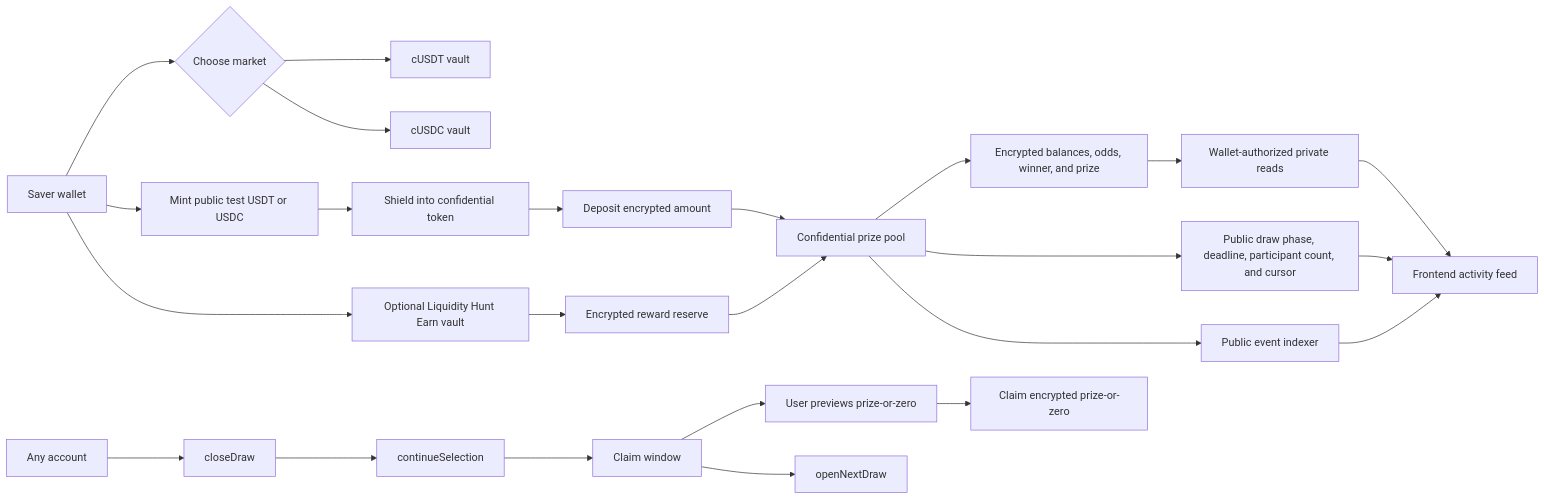
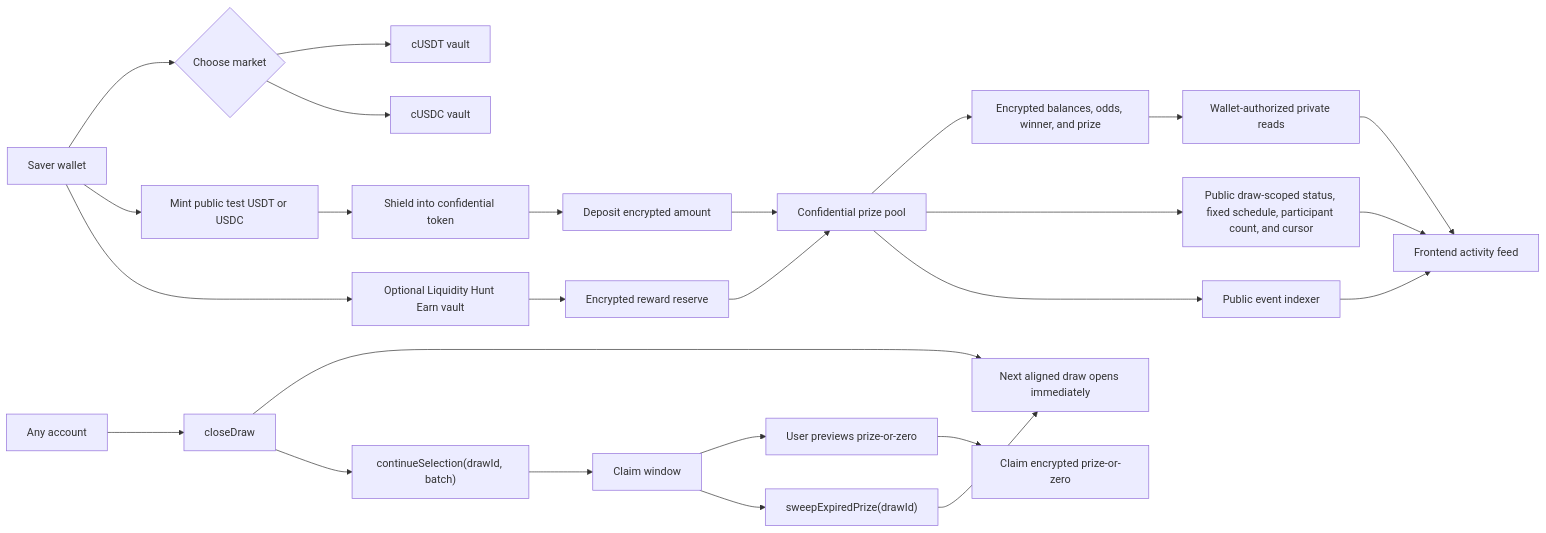
The diagram in README.md (0xNana/confidential-pooltogether), drawn with Mermaid before and after one commit. The commit also changed other lines of this file and 59 other files, not shown here.

````diff
--- a/README.md
+++ b/README.md
@@ -26,31 +27,33 @@
 ```mermaid
 flowchart LR
   saver["Saver wallet"] --> market{"Choose market"}
   market --> cusdt["cUSDT vault"]
   market --> cusdc["cUSDC vault"]
 
   saver --> mint["Mint public test USDT or USDC"]
   mint --> shield["Shield into confidential token"]
   shield --> deposit["Deposit encrypted amount"]
 
   deposit --> pool["Confidential prize pool"]
   pool --> privateState["Encrypted balances, odds, winner, and prize"]
-  pool --> publicState["Public draw phase, deadline, participant count, and cursor"]
+  pool --> publicState["Public draw-scoped status, fixed schedule, participant count, and cursor"]
 
   saver --> earn["Optional Liquidity Hunt Earn vault"]
   earn --> reserve["Encrypted reward reserve"]
   reserve --> pool
 
   keeper["Any account"] --> close["closeDraw"]
-  close --> select["continueSelection"]
+  close --> nextEntry["Next aligned draw opens immediately"]
+  close --> select["continueSelection(drawId, batch)"]
   select --> claimable["Claim window"]
   claimable --> preview["User previews prize-or-zero"]
   preview --> claim["Claim encrypted prize-or-zero"]
-  claimable --> next["openNextDraw"]
+  claimable --> sweep["sweepExpiredPrize(drawId)"]
+  sweep --> nextEntry
 
   pool --> indexer["Public event indexer"]
   indexer --> ui["Frontend activity feed"]
   privateState --> decrypt["Wallet-authorized private reads"]
   decrypt --> ui
   publicState --> ui
 ```
````
